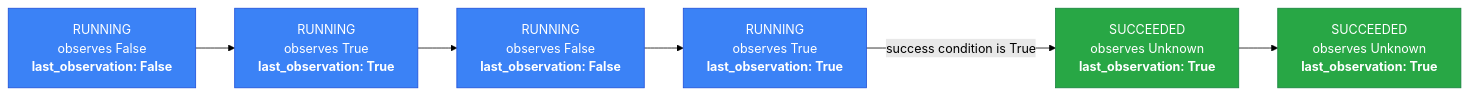
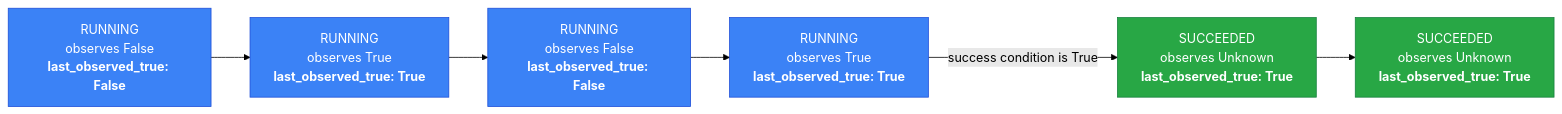
One commit to Tigul/cognitive_robot_abstract_machine changed the third of 11 diagrams in giskardpy/doc/motion_statecharts.md. Above: the diagram before and after it, drawn with Mermaid (forest theme). The commit also changed other lines of this file and 30 other files, not shown here.

Commit message:
refactor(motion_statechart): update conditions to replace `observation_variable` with `observes_true` and logical operations with binary predicates

````diff
--- a/giskardpy/doc/motion_statecharts.md
+++ b/giskardpy/doc/motion_statecharts.md
@@ -220,15 +216,15 @@
 ```{mermaid}
 flowchart LR
-    c1["RUNNING<br/>observes False<br/><b>last_observation: False</b>"]
-    c2["RUNNING<br/>observes True<br/><b>last_observation: True</b>"]
-    c3["RUNNING<br/>observes False<br/><b>last_observation: False</b>"]
-    c4["RUNNING<br/>observes True<br/><b>last_observation: True</b>"]
-    c5["SUCCEEDED<br/>observes Unknown<br/><b>last_observation: True</b>"]
-    c6["SUCCEEDED<br/>observes Unknown<br/><b>last_observation: True</b>"]
+    c1["RUNNING<br/>observes False<br/><b>last_observed_true: False</b>"]
+    c2["RUNNING<br/>observes True<br/><b>last_observed_true: True</b>"]
+    c3["RUNNING<br/>observes False<br/><b>last_observed_true: False</b>"]
+    c4["RUNNING<br/>observes True<br/><b>last_observed_true: True</b>"]
+    c5["SUCCEEDED<br/>observes Unknown<br/><b>last_observed_true: True</b>"]
+    c6["SUCCEEDED<br/>observes Unknown<br/><b>last_observed_true: True</b>"]
     c1 --> c2 --> c3 --> c4 -- "success condition is True" --> c5 --> c6
 
     classDef running fill:#3B82F6,stroke:#1D4ED8,color:#FFFFFF
     classDef succeeded fill:#28A745,stroke:#15803D,color:#FFFFFF
     class c1,c2,c3,c4 running
     class c5,c6 succeeded
 ```
````
